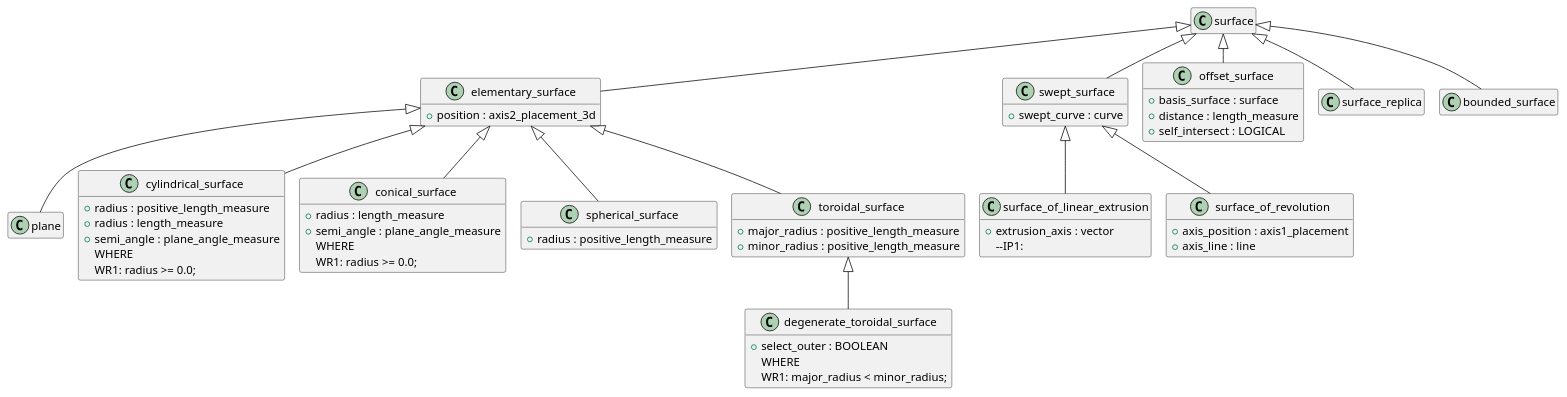
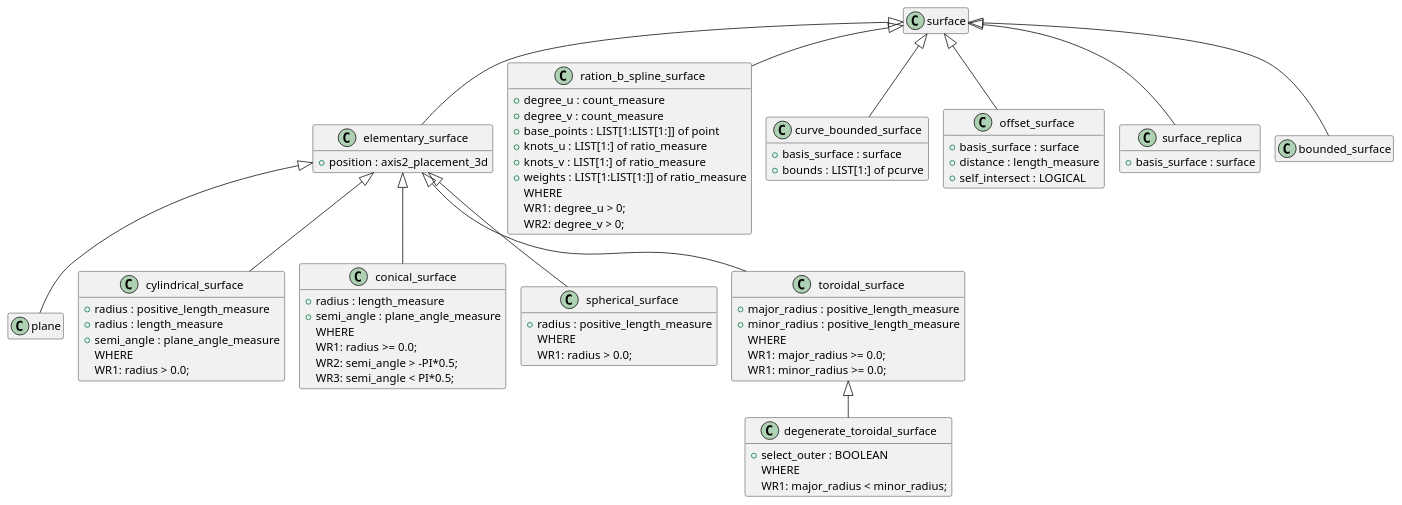
The diagram in 005_Geometry+Topology/geometry/source/surface.pu (chukkaba/10303), drawn with PlantUML before and after one commit. The commit also changed 1 other file, not shown here.

```diff
--- a/005_Geometry+Topology/geometry/source/surface.pu
+++ b/005_Geometry+Topology/geometry/source/surface.pu
@@ -1,91 +1,100 @@
 @startuml
 !pragma layout smetana
 skinparam groupInheritance 2
 hide empty members
 
 class surface {
 }
 
 class elementary_surface {
   +position : axis2_placement_3d
 }
 
 class plane {
 }
 
 class cylindrical_surface {
   +radius : positive_length_measure
 }
 
 class cylindrical_surface {
   +radius : length_measure
   +semi_angle : plane_angle_measure
 WHERE
-  WR1: radius >= 0.0;
+  WR1: radius > 0.0;
 }
 
 
 class conical_surface {
   +radius : length_measure
   +semi_angle : plane_angle_measure
 WHERE
   WR1: radius >= 0.0;
+  WR2: semi_angle > -PI*0.5;
+  WR3: semi_angle < PI*0.5;
 }
 
 class spherical_surface {
   +radius : positive_length_measure
+  WHERE
+  WR1: radius > 0.0;
 }
 
 class toroidal_surface {
   +major_radius : positive_length_measure
   +minor_radius : positive_length_measure
+  WHERE
+  WR1: major_radius >= 0.0;
+  WR1: minor_radius >= 0.0;
 }
 
 class degenerate_toroidal_surface {
   +select_outer : BOOLEAN
 WHERE
   WR1: major_radius < minor_radius;
 }
 
-class swept_surface {
-  +swept_curve : curve
+class ration_b_spline_surface {
+  + degree_u : count_measure
+  + degree_v : count_measure
+  + base_points : LIST[1:LIST[1:]] of point
+  + knots_u : LIST[1:] of ratio_measure
+  + knots_v : LIST[1:] of ratio_measure
+  + weights : LIST[1:LIST[1:]] of ratio_measure
+  WHERE
+  WR1: degree_u > 0;
+  WR2: degree_v > 0;
 }
 
-class surface_of_linear_extrusion {
-  +extrusion_axis : vector
-  --IP1:
-}
-
-class surface_of_revolution {
-  +axis_position : axis1_placement
-  +axis_line : line 
+class curve_bounded_surface {
+  +basis_surface : surface
+  +bounds : LIST[1:] of pcurve
 }
 
 class offset_surface {
   +basis_surface : surface
   +distance : length_measure
   +self_intersect : LOGICAL
 }
 
 class surface_replica {
+  +basis_surface : surface
 }
 
 ' Наследование
 surface <|-- bounded_surface
 surface <|-- elementary_surface
-surface <|-- swept_surface
+surface <|-- ration_b_spline_surface
+surface <|-- curve_bounded_surface
 surface <|-- offset_surface
 surface <|-- surface_replica
 
 elementary_surface <|-- plane
 elementary_surface <|-- cylindrical_surface
 elementary_surface <|-- conical_surface
 elementary_surface <|-- spherical_surface
 elementary_surface <|-- toroidal_surface
 
 toroidal_surface <|-- degenerate_toroidal_surface
 
-swept_surface <|-- surface_of_linear_extrusion
-swept_surface <|-- surface_of_revolution
-
 @enduml
```
